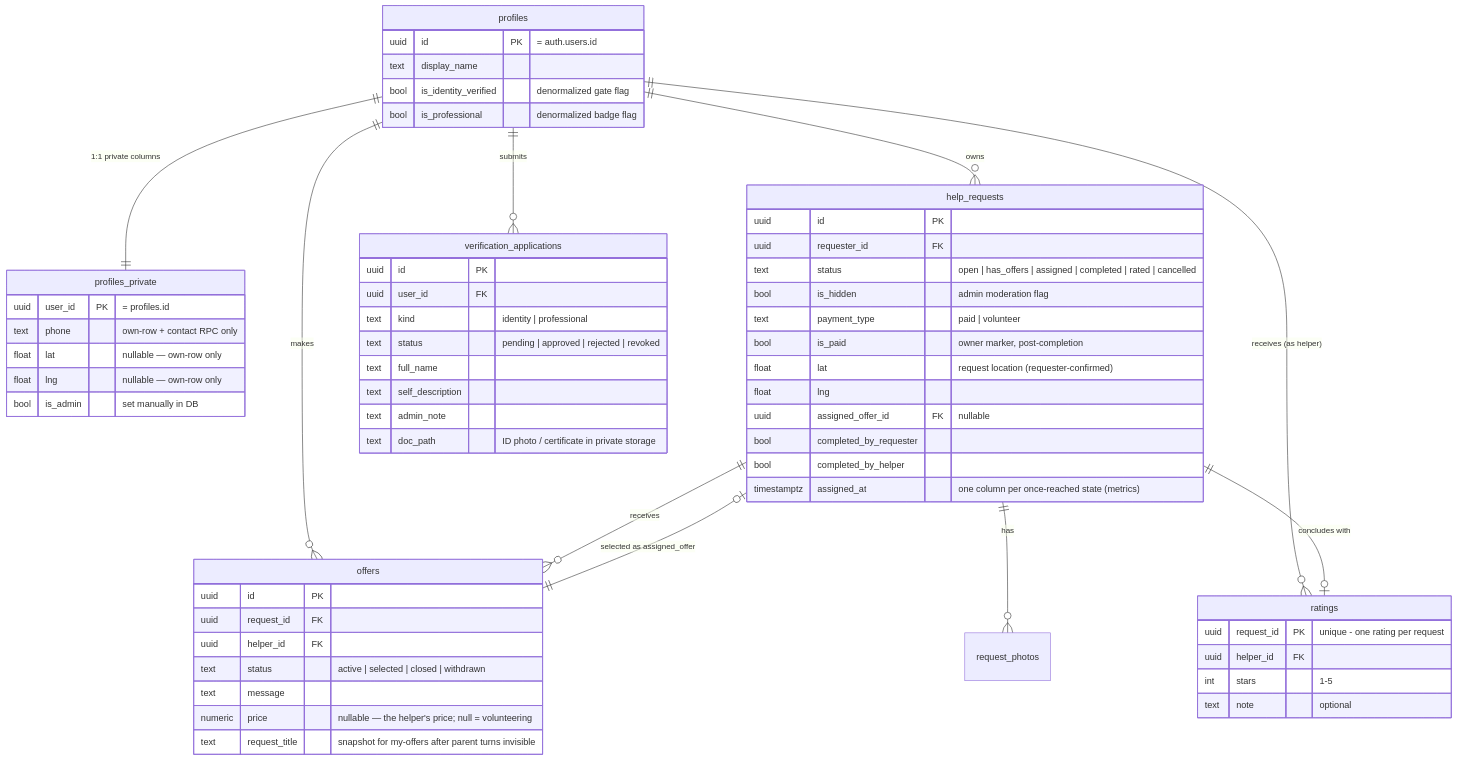
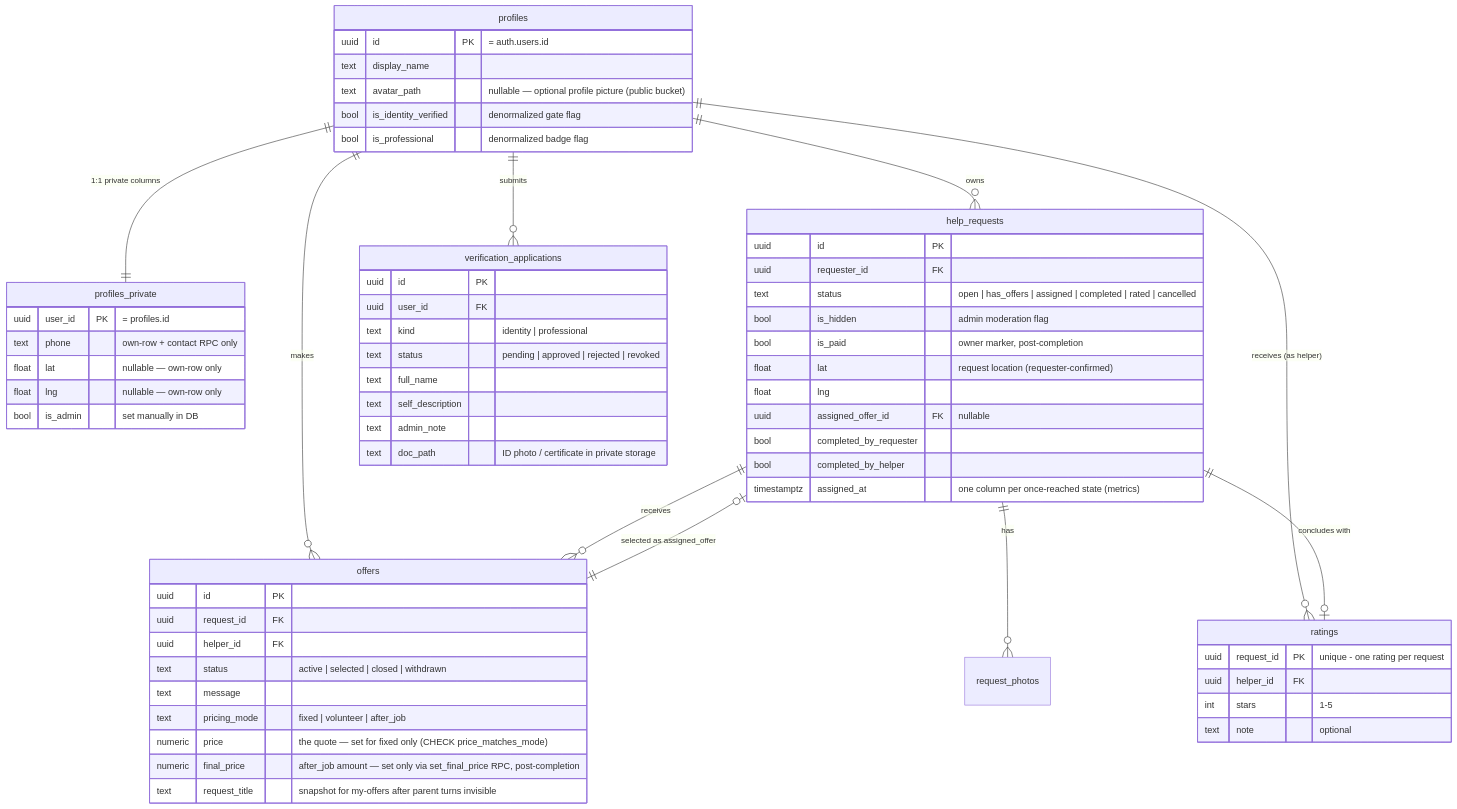
One commit to YuvGev00/ihelp changed the second of 4 diagrams in docs/02-architecture.md. Above: the diagram before and after it, drawn with Mermaid. The commit also changed other lines of this file and 8 other files, not shown here.

````diff
--- a/docs/02-architecture.md
+++ b/docs/02-architecture.md
@@ -105,65 +107,67 @@
 ```mermaid
 erDiagram
     profiles ||--|| profiles_private : "1:1 private columns"
     profiles ||--o{ help_requests : "owns"
     profiles ||--o{ offers : "makes"
     profiles ||--o{ verification_applications : "submits"
     profiles ||--o{ ratings : "receives (as helper)"
     help_requests ||--o{ offers : "receives"
     help_requests ||--o{ request_photos : "has"
     help_requests ||--o| ratings : "concludes with"
     offers ||--o| help_requests : "selected as assigned_offer"
 
     profiles {
         uuid id PK "= auth.users.id"
         text display_name
+        text avatar_path "nullable — optional profile picture (public bucket)"
         bool is_identity_verified "denormalized gate flag"
         bool is_professional "denormalized badge flag"
     }
     profiles_private {
         uuid user_id PK "= profiles.id"
         text phone "own-row + contact RPC only"
         float lat "nullable — own-row only"
         float lng "nullable — own-row only"
         bool is_admin "set manually in DB"
     }
     verification_applications {
         uuid id PK
         uuid user_id FK
         text kind "identity | professional"
         text status "pending | approved | rejected | revoked"
         text full_name
         text self_description
         text admin_note
         text doc_path "ID photo / certificate in private storage"
     }
     help_requests {
         uuid id PK
         uuid requester_id FK
         text status "open | has_offers | assigned | completed | rated | cancelled"
         bool is_hidden "admin moderation flag"
-        text payment_type "paid | volunteer"
         bool is_paid "owner marker, post-completion"
         float lat "request location (requester-confirmed)"
         float lng
         uuid assigned_offer_id FK "nullable"
         bool completed_by_requester
         bool completed_by_helper
         timestamptz assigned_at "one column per once-reached state (metrics)"
     }
     offers {
         uuid id PK
         uuid request_id FK
         uuid helper_id FK
         text status "active | selected | closed | withdrawn"
         text message
-        numeric price "nullable — the helper's price; null = volunteering"
+        text pricing_mode "fixed | volunteer | after_job"
+        numeric price "the quote — set for fixed only (CHECK price_matches_mode)"
+        numeric final_price "after_job amount — set only via set_final_price RPC, post-completion"
         text request_title "snapshot for my-offers after parent turns invisible"
     }
     ratings {
         uuid request_id PK "unique - one rating per request"
         uuid helper_id FK
         int stars "1-5"
         text note "optional"
     }
 ```
````
